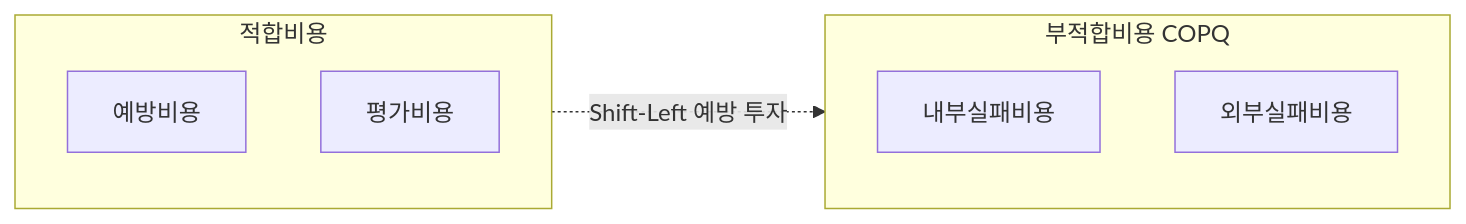
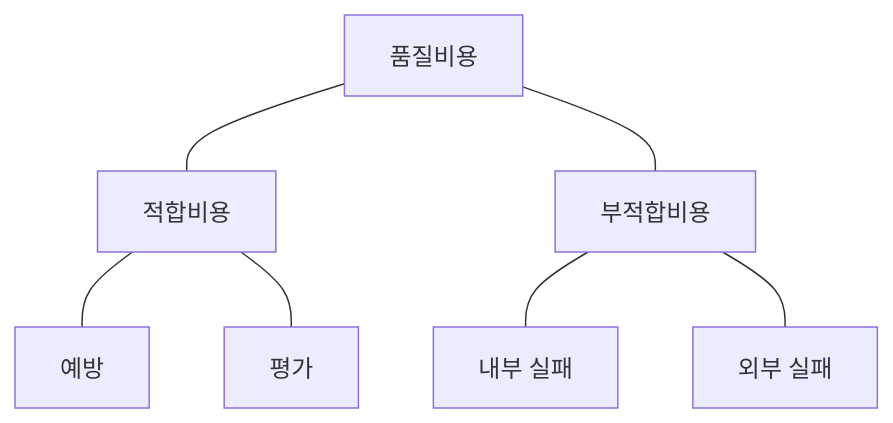
Before and after one commit to agnusdei1207/study: the first of 3 diagrams in src/content/docs/notes/itpe/01-it-strategy/106_cost_of_quality_coq.md, drawn with Mermaid. The commit also changed other lines of this file and 4 other files, not shown here.

````diff
--- a/src/content/docs/notes/itpe/01-it-strategy/106_cost_of_quality_coq.md
+++ b/src/content/docs/notes/itpe/01-it-strategy/106_cost_of_quality_coq.md
@@ -56,12 +55,10 @@
 ```mermaid
-flowchart LR
-    subgraph CONFORMANCE["적합비용"]
-        P["예방비용"]
-        A["평가비용"]
-    end
-    subgraph NON_CONFORMANCE["부적합비용 COPQ"]
-        IF["내부실패비용"]
-        EF["외부실패비용"]
-    end
-    CONFORMANCE -.->|Shift-Left 예방 투자| NON_CONFORMANCE
+flowchart TD
+    Q["품질비용"]
+    Q --- C["적합비용"]
+    Q --- N["부적합비용"]
+    C --- P["예방"]
+    C --- A["평가"]
+    N --- I["내부 실패"]
+    N --- E["외부 실패"]
 ```
````
